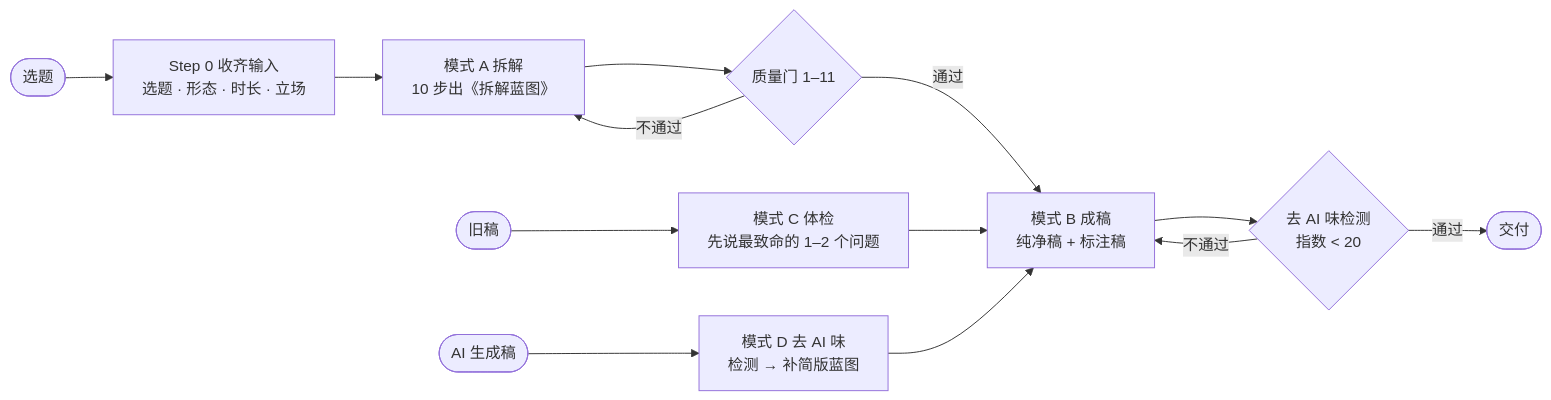
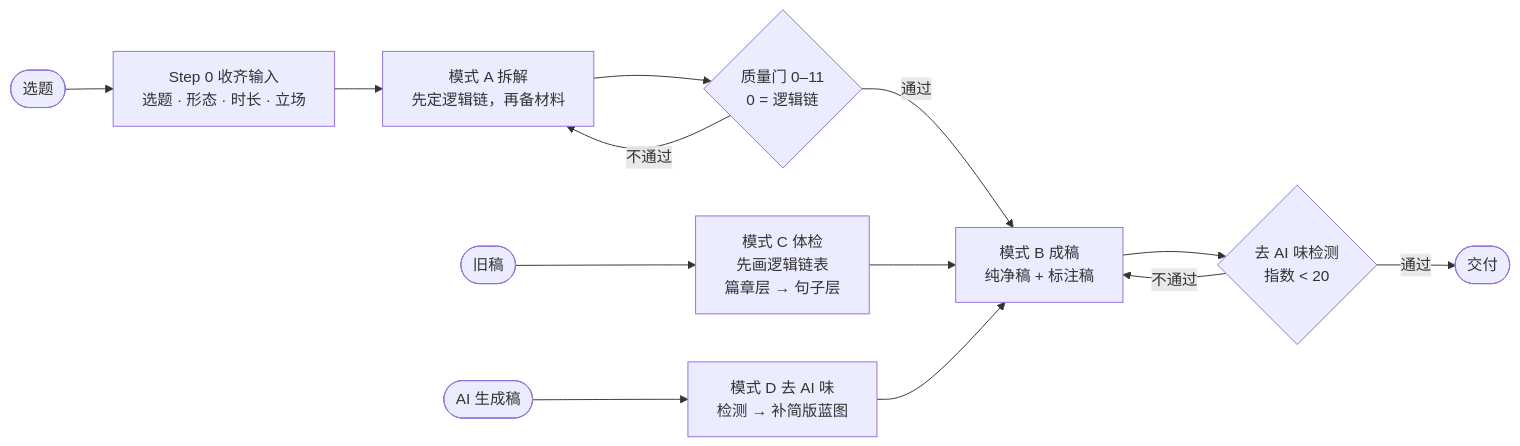
The first of 2 diagrams in README.md (chrislitality-svg/wangziru-analysis-skill), drawn with Mermaid before and after one commit. The commit also changed other lines of this file and 17 other files, not shown here.

First line of the commit message:
v1.3 表达逻辑优先：篇章层 + 句子层

````diff
--- a/README.md
+++ b/README.md
@@ -13,13 +15,13 @@
 ```mermaid
 flowchart LR
     T([选题]) --> S0[Step 0 收齐输入<br/>选题 · 形态 · 时长 · 立场]
-    S0 --> A[模式 A 拆解<br/>10 步出《拆解蓝图》]
-    A --> G1{质量门 1–11}
+    S0 --> A[模式 A 拆解<br/>先定逻辑链，再备材料]
+    A --> G1{质量门 0–11<br/>0 = 逻辑链}
     G1 -- 不通过 --> A
     G1 -- 通过 --> B[模式 B 成稿<br/>纯净稿 + 标注稿]
     B --> G2{去 AI 味检测<br/>指数 < 20}
     G2 -- 不通过 --> B
     G2 -- 通过 --> OUT([交付])
-    OLD([旧稿]) --> C[模式 C 体检<br/>先说最致命的 1–2 个问题] --> B
+    OLD([旧稿]) --> C[模式 C 体检<br/>先画逻辑链表<br/>篇章层 → 句子层] --> B
     AI([AI 生成稿]) --> D[模式 D 去 AI 味<br/>检测 → 补简版蓝图] --> B
 ```
````
